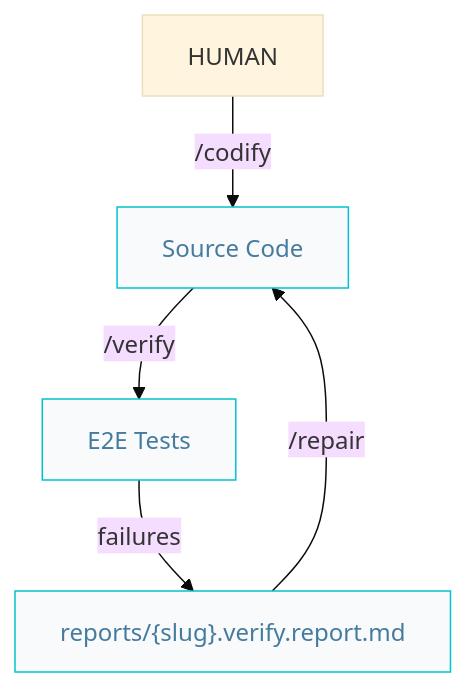
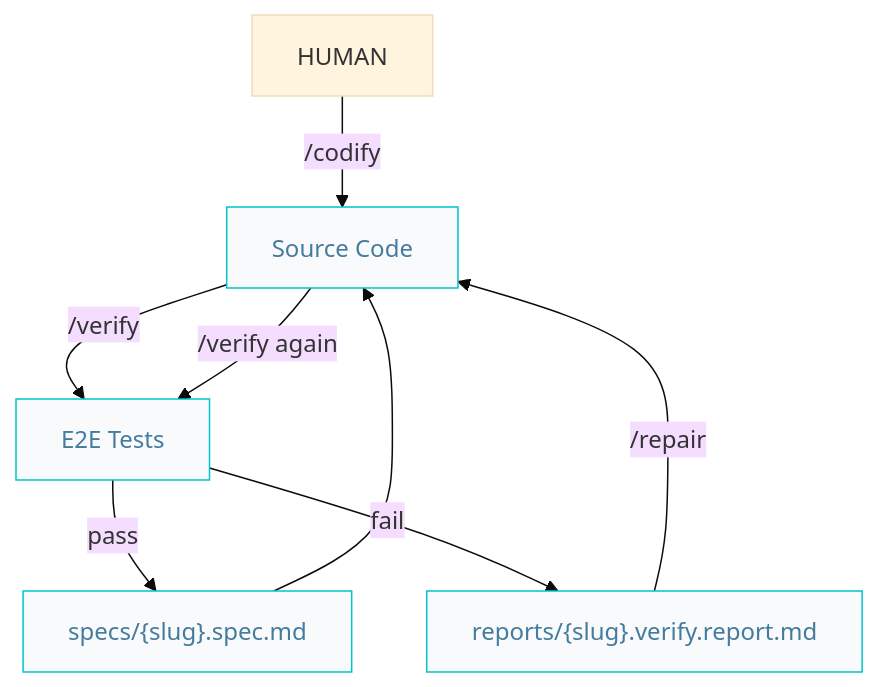
The second of 2 diagrams in docs/builder.pipelines.md (AIDDbot/AIDDbot), drawn with Mermaid (base theme) before and after one commit. The commit also changed other lines of this file and 32 other files, not shown here.

````diff
--- a/docs/builder.pipelines.md
+++ b/docs/builder.pipelines.md
@@ -27,14 +30,18 @@
 ```mermaid
 flowchart TD    
   HUM[HUMAN]
+  SPC["specs/{slug}.spec.md"]:::nd
   COD[Source Code]:::nd
   E2E["E2E Tests"]:::nd
   RPT["reports/{slug}.verify.report.md"]:::nd
 
+  SPC --> COD
   HUM -->|/codify| COD
   COD -->|/verify| E2E
-  E2E -->|failures| RPT
+  E2E -->|pass| SPC
+  E2E -->|fail| RPT
   RPT -->|/repair| COD
+  COD -->|/verify again| E2E
   
   classDef nd fill:#f8fafc,stroke:#00c4cc,color:#457b9d
 ```
````
